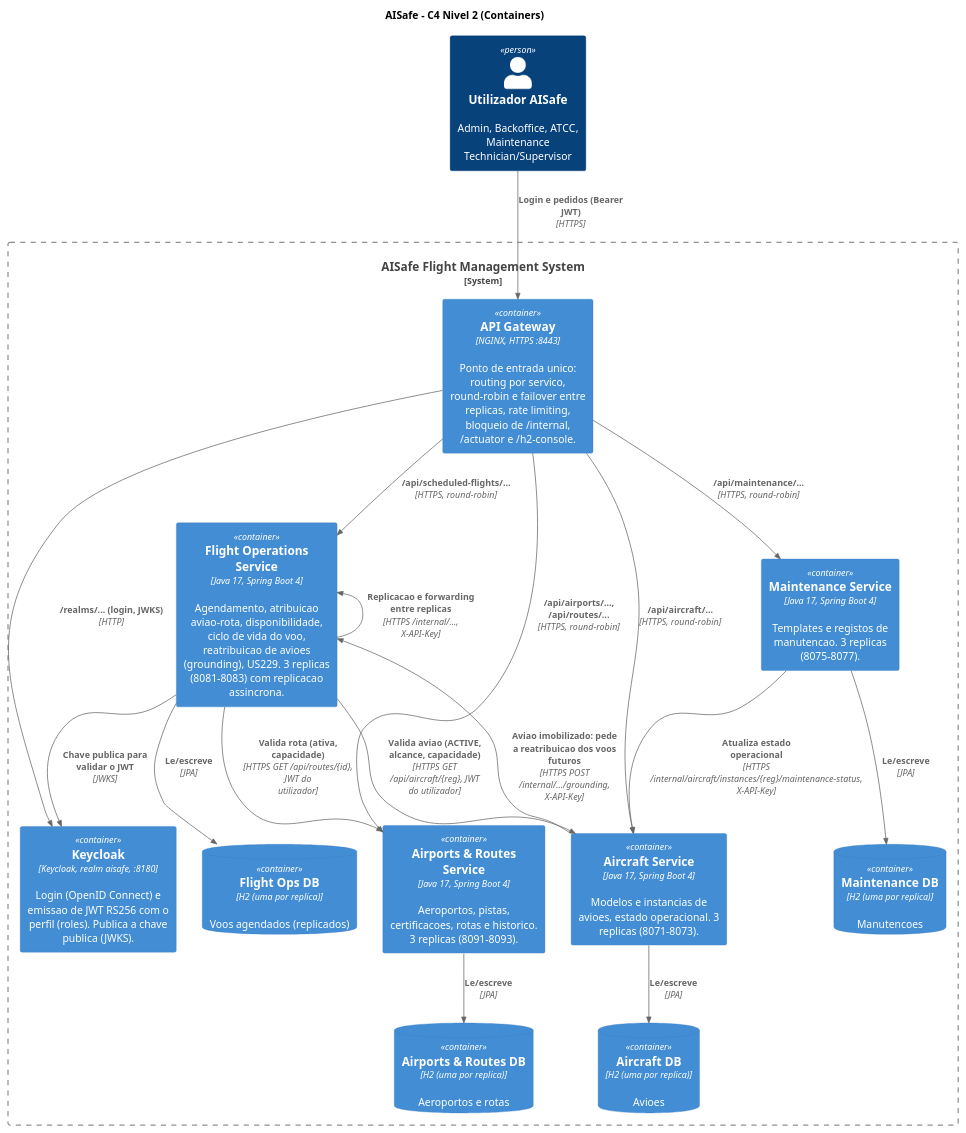
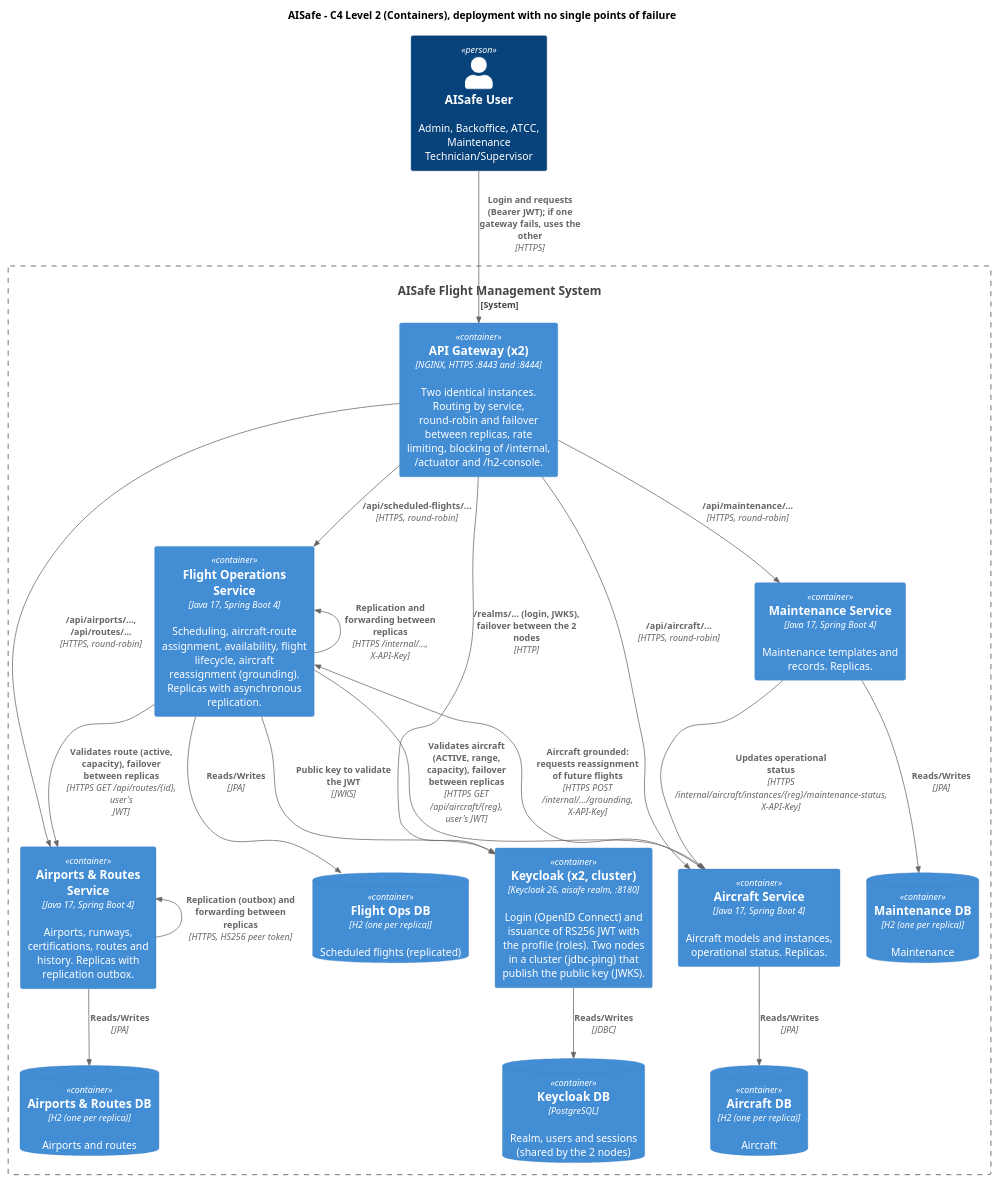
One commit to anamartasilvaa/SIDIG_AI_Safe changed the diagram in docs/SISDIG/c4-container.puml. Above: the diagram before and after it, drawn with PlantUML. The commit also changed 3 other files, not shown here.

Commit message:
Diagramas projeto

```diff
--- a/docs/SISDIG/c4-container.puml
+++ b/docs/SISDIG/c4-container.puml
@@ -1,43 +1,46 @@
 @startuml c4-container
 !include <C4/C4_Container>
 LAYOUT_TOP_DOWN()
 
-title AISafe - C4 Nivel 2 (Containers)
+title AISafe - C4 Level 2 (Containers), deployment with no single points of failure
 
-Person(user, "Utilizador AISafe", "Admin, Backoffice, ATCC, Maintenance Technician/Supervisor")
+Person(user, "AISafe User", "Admin, Backoffice, ATCC, Maintenance Technician/Supervisor")
 
 System_Boundary(aisafe, "AISafe Flight Management System") {
-    Container(gw, "API Gateway", "NGINX, HTTPS :8443", "Ponto de entrada unico: routing por servico, round-robin e failover entre replicas, rate limiting, bloqueio de /internal, /actuator e /h2-console.")
-    Container(kc, "Keycloak", "Keycloak, realm aisafe, :8180", "Login (OpenID Connect) e emissao de JWT RS256 com o perfil (roles). Publica a chave publica (JWKS).")
+    Container(gw, "API Gateway (x2)", "NGINX, HTTPS :8443 and :8444", "Two identical instances. Routing by service, round-robin and failover between replicas, rate limiting, blocking of /internal, /actuator and /h2-console.")
+    Container(kc, "Keycloak (x2, cluster)", "Keycloak 26, aisafe realm, :8180", "Login (OpenID Connect) and issuance of RS256 JWT with the profile (roles). Two nodes in a cluster (jdbc-ping) that publish the public key (JWKS).")
+    ContainerDb(kcdb, "Keycloak DB", "PostgreSQL", "Realm, users and sessions (shared by the 2 nodes)")
 
-    Container(fo, "Flight Operations Service", "Java 17, Spring Boot 4", "Agendamento, atribuicao aviao-rota, disponibilidade, ciclo de vida do voo, reatribuicao de avioes (grounding), US229. 3 replicas (8081-8083) com replicacao assincrona.")
-    Container(ar, "Airports & Routes Service", "Java 17, Spring Boot 4", "Aeroportos, pistas, certificacoes, rotas e historico. 3 replicas (8091-8093).")
-    Container(ac, "Aircraft Service", "Java 17, Spring Boot 4", "Modelos e instancias de avioes, estado operacional. 3 replicas (8071-8073).")
-    Container(mt, "Maintenance Service", "Java 17, Spring Boot 4", "Templates e registos de manutencao. 3 replicas (8075-8077).")
+    Container(fo, "Flight Operations Service", "Java 17, Spring Boot 4", "Scheduling, aircraft-route assignment, availability, flight lifecycle, aircraft reassignment (grounding). Replicas with asynchronous replication.")
+    Container(ar, "Airports & Routes Service", "Java 17, Spring Boot 4", "Airports, runways, certifications, routes and history. Replicas with replication outbox.")
+    Container(ac, "Aircraft Service", "Java 17, Spring Boot 4", "Aircraft models and instances, operational status. Replicas.")
+    Container(mt, "Maintenance Service", "Java 17, Spring Boot 4", "Maintenance templates and records. Replicas.")
 
-    ContainerDb(fodb, "Flight Ops DB", "H2 (uma por replica)", "Voos agendados (replicados)")
-    ContainerDb(ardb, "Airports & Routes DB", "H2 (uma por replica)", "Aeroportos e rotas")
-    ContainerDb(acdb, "Aircraft DB", "H2 (uma por replica)", "Avioes")
-    ContainerDb(mtdb, "Maintenance DB", "H2 (uma por replica)", "Manutencoes")
+    ContainerDb(fodb, "Flight Ops DB", "H2 (one per replica)", "Scheduled flights (replicated)")
+    ContainerDb(ardb, "Airports & Routes DB", "H2 (one per replica)", "Airports and routes")
+    ContainerDb(acdb, "Aircraft DB", "H2 (one per replica)", "Aircraft")
+    ContainerDb(mtdb, "Maintenance DB", "H2 (one per replica)", "Maintenance")
 }
 
-Rel(user, gw, "Login e pedidos (Bearer JWT)", "HTTPS")
-Rel(gw, kc, "/realms/... (login, JWKS)", "HTTP")
+Rel(user, gw, "Login and requests (Bearer JWT); if one gateway fails, uses the other", "HTTPS")
+Rel(gw, kc, "/realms/... (login, JWKS), failover between the 2 nodes", "HTTP")
+Rel(kc, kcdb, "Reads/Writes", "JDBC")
 Rel(gw, fo, "/api/scheduled-flights/...", "HTTPS, round-robin")
 Rel(gw, ar, "/api/airports/..., /api/routes/...", "HTTPS, round-robin")
 Rel(gw, ac, "/api/aircraft/...", "HTTPS, round-robin")
 Rel(gw, mt, "/api/maintenance/...", "HTTPS, round-robin")
 
-Rel(fo, ar, "Valida rota (ativa, capacidade)", "HTTPS GET /api/routes/{id}, JWT do utilizador")
-Rel(fo, ac, "Valida aviao (ACTIVE, alcance, capacidade)", "HTTPS GET /api/aircraft/{reg}, JWT do utilizador")
-Rel(mt, ac, "Atualiza estado operacional", "HTTPS /internal/aircraft/instances/{reg}/maintenance-status, X-API-Key")
-Rel(ac, fo, "Aviao imobilizado: pede a reatribuicao dos voos futuros", "HTTPS POST /internal/.../grounding, X-API-Key")
-Rel(fo, kc, "Chave publica para validar o JWT", "JWKS")
-Rel_L(fo, fo, "Replicacao e forwarding entre replicas", "HTTPS /internal/..., X-API-Key")
+Rel(fo, ar, "Validates route (active, capacity), failover between replicas", "HTTPS GET /api/routes/{id}, user's JWT")
+Rel(fo, ac, "Validates aircraft (ACTIVE, range, capacity), failover between replicas", "HTTPS GET /api/aircraft/{reg}, user's JWT")
+Rel(mt, ac, "Updates operational status", "HTTPS /internal/aircraft/instances/{reg}/maintenance-status, X-API-Key")
+Rel(ac, fo, "Aircraft grounded: requests reassignment of future flights", "HTTPS POST /internal/.../grounding, X-API-Key")
+Rel(fo, kc, "Public key to validate the JWT", "JWKS")
+Rel_L(fo, fo, "Replication and forwarding between replicas", "HTTPS /internal/..., X-API-Key")
+Rel_L(ar, ar, "Replication (outbox) and forwarding between replicas", "HTTPS, HS256 peer token")
 
-Rel(fo, fodb, "Le/escreve", "JPA")
-Rel(ar, ardb, "Le/escreve", "JPA")
-Rel(ac, acdb, "Le/escreve", "JPA")
-Rel(mt, mtdb, "Le/escreve", "JPA")
+Rel(fo, fodb, "Reads/Writes", "JPA")
+Rel(ar, ardb, "Reads/Writes", "JPA")
+Rel(ac, acdb, "Reads/Writes", "JPA")
+Rel(mt, mtdb, "Reads/Writes", "JPA")
 
 @enduml
```
